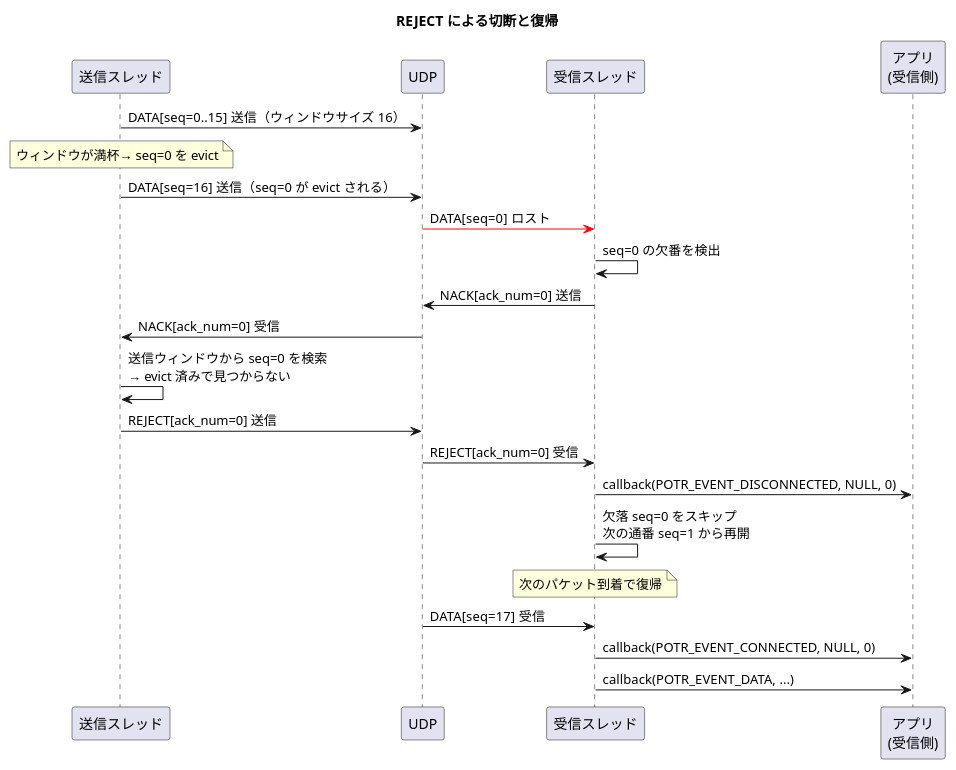
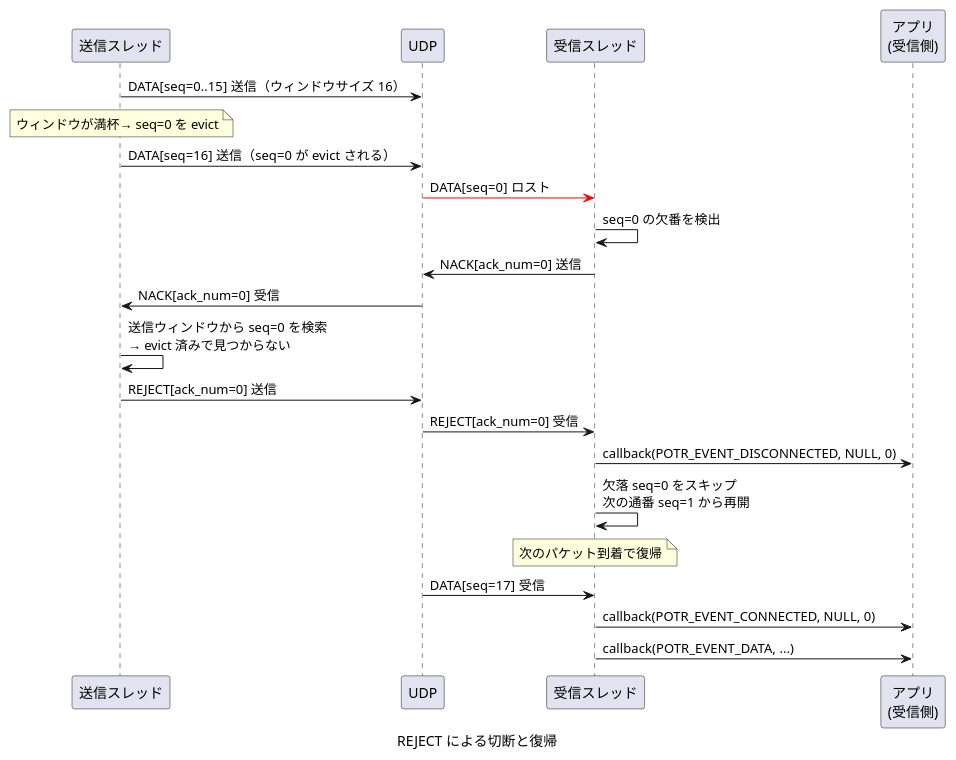
The seventh of 12 diagrams in prod/porter/docs/sequence.md (Hondarer/c-modernization-kit), drawn with PlantUML before and after one commit. The commit also changed other lines of this file and 13 other files, not shown here.

````diff
--- a/prod/porter/docs/sequence.md
+++ b/prod/porter/docs/sequence.md
@@ -263,38 +234,38 @@
 ```plantuml
-@startuml
-title REJECT による切断と復帰
+@startuml REJECT による切断と復帰
+caption REJECT による切断と復帰
 
 participant "送信スレッド" as ST
 participant "UDP" as UDP
 participant "受信スレッド" as RRT
 participant "アプリ\n(受信側)" as RAPP
 
 ST -> UDP: DATA[seq=0..15] 送信（ウィンドウサイズ 16）
 
 note over ST: ウィンドウが満杯→ seq=0 を evict
 
 ST -> UDP: DATA[seq=16] 送信（seq=0 が evict される）
 
 UDP -[#red]> RRT: DATA[seq=0] ロスト
 
 RRT -> RRT: seq=0 の欠番を検出
 RRT -> UDP: NACK[ack_num=0] 送信
 
 UDP -> ST: NACK[ack_num=0] 受信
 ST -> ST: 送信ウィンドウから seq=0 を検索\n→ evict 済みで見つからない
 
 ST -> UDP: REJECT[ack_num=0] 送信
 
 UDP -> RRT: REJECT[ack_num=0] 受信
 
 RRT -> RAPP: callback(POTR_EVENT_DISCONNECTED, NULL, 0)
 RRT -> RRT: 欠落 seq=0 をスキップ\n次の通番 seq=1 から再開
 
 note over RRT: 次のパケット到着で復帰
 
 UDP -> RRT: DATA[seq=17] 受信
 RRT -> RAPP: callback(POTR_EVENT_CONNECTED, NULL, 0)
 RRT -> RAPP: callback(POTR_EVENT_DATA, ...)
 
 @enduml
 ```
````
